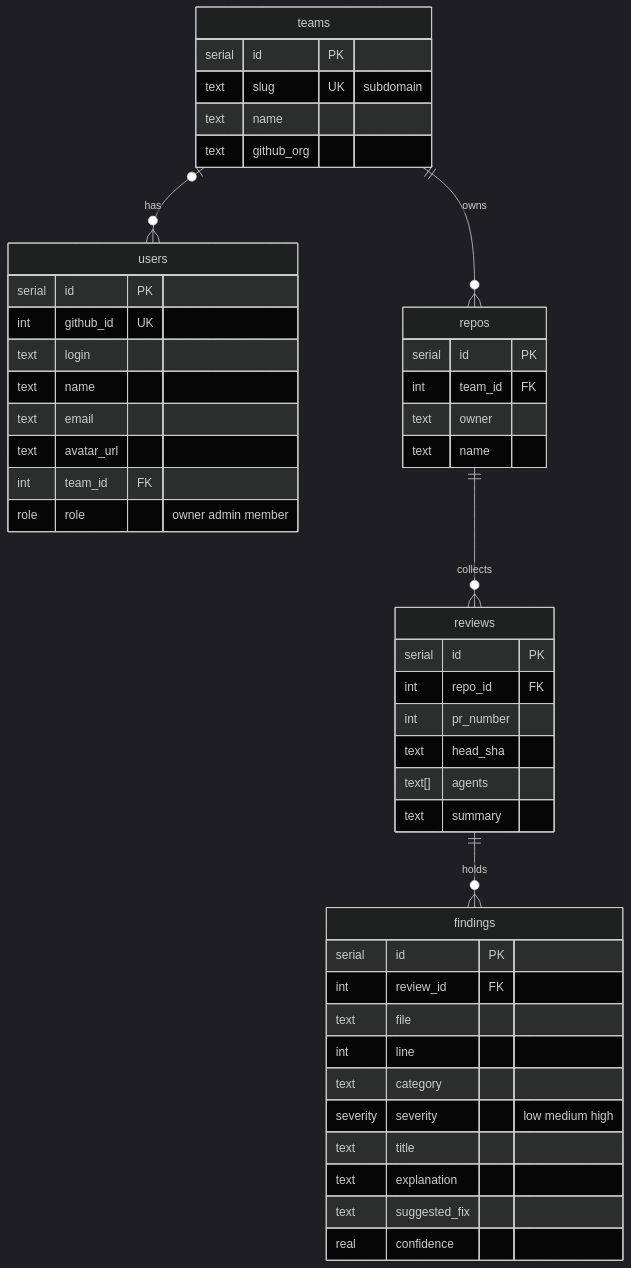
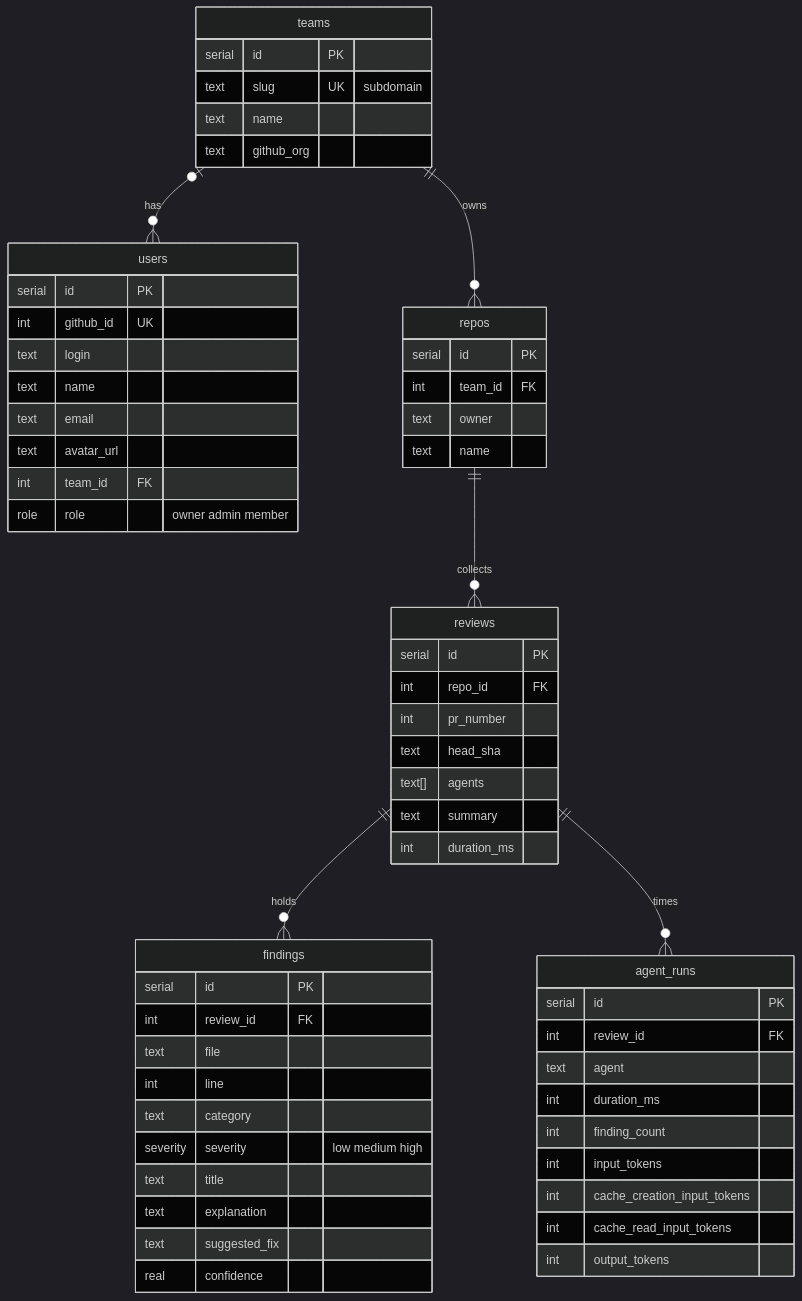
Before and after one commit to sunnyeyles/lintcat: the diagram in packages/db/README.md, drawn with Mermaid (dark theme). The commit also changed other lines of this file and 42 other files, not shown here.

First line of the commit message:
feat(web): dashboard foundation — tokens, data seam, agent_runs schema

````diff
--- a/packages/db/README.md
+++ b/packages/db/README.md
@@ -6,50 +6,63 @@
 ```mermaid
 erDiagram
   teams |o--o{ users : "has"
   teams ||--o{ repos : "owns"
   repos ||--o{ reviews : "collects"
   reviews ||--o{ findings : "holds"
+  reviews ||--o{ agent_runs : "times"
 
   users {
     serial id PK
     int github_id UK
     text login
     text name
     text email
     text avatar_url
     int team_id FK
     role role "owner admin member"
   }
   teams {
     serial id PK
     text slug UK "subdomain"
     text name
     text github_org
   }
   repos {
     serial id PK
     int team_id FK
     text owner
     text name
   }
   reviews {
     serial id PK
     int repo_id FK
     int pr_number
     text head_sha
     text[] agents
     text summary
+    int duration_ms
+  }
+  agent_runs {
+    serial id PK
+    int review_id FK
+    text agent
+    int duration_ms
+    int finding_count
+    int input_tokens
+    int cache_creation_input_tokens
+    int cache_read_input_tokens
+    int output_tokens
   }
   findings {
     serial id PK
     int review_id FK
     text file
     int line
     text category
     severity severity "low medium high"
     text title
     text explanation
     text suggested_fix
     real confidence
   }
 ```
````
